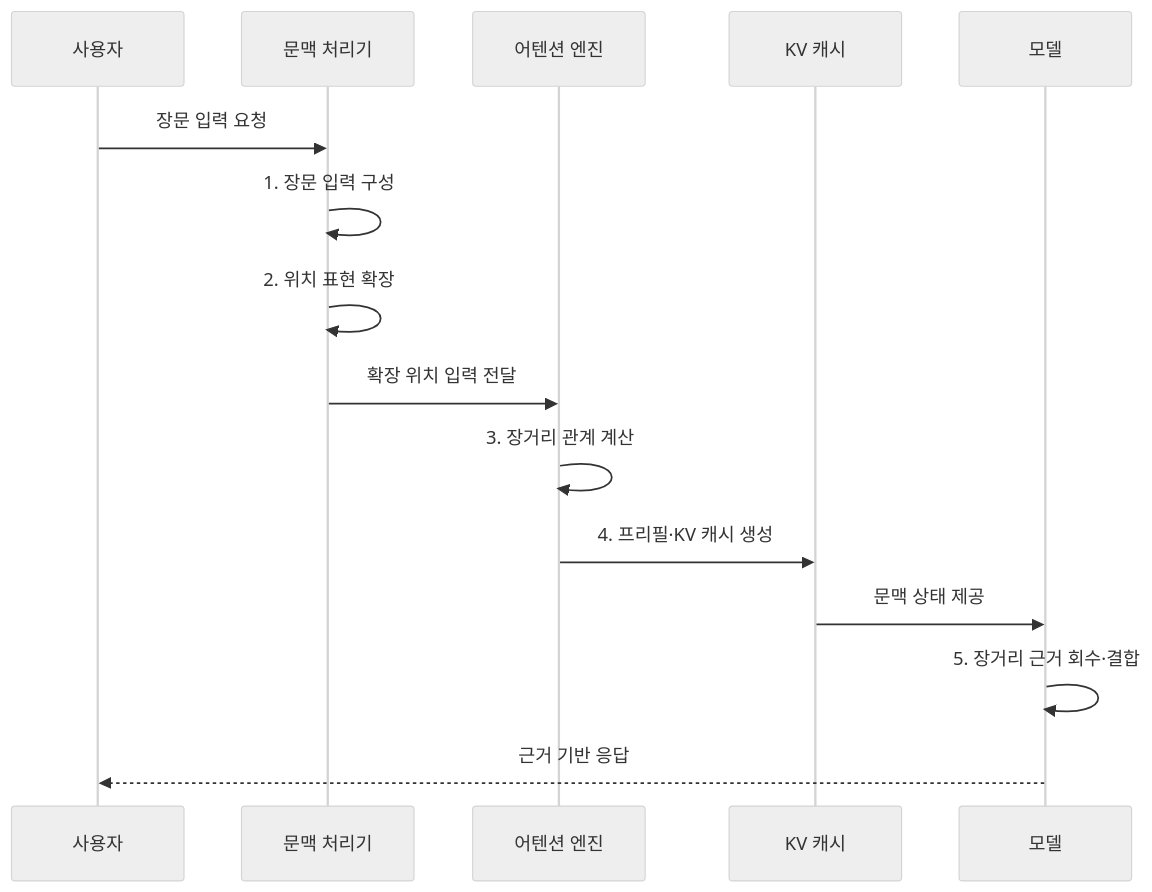
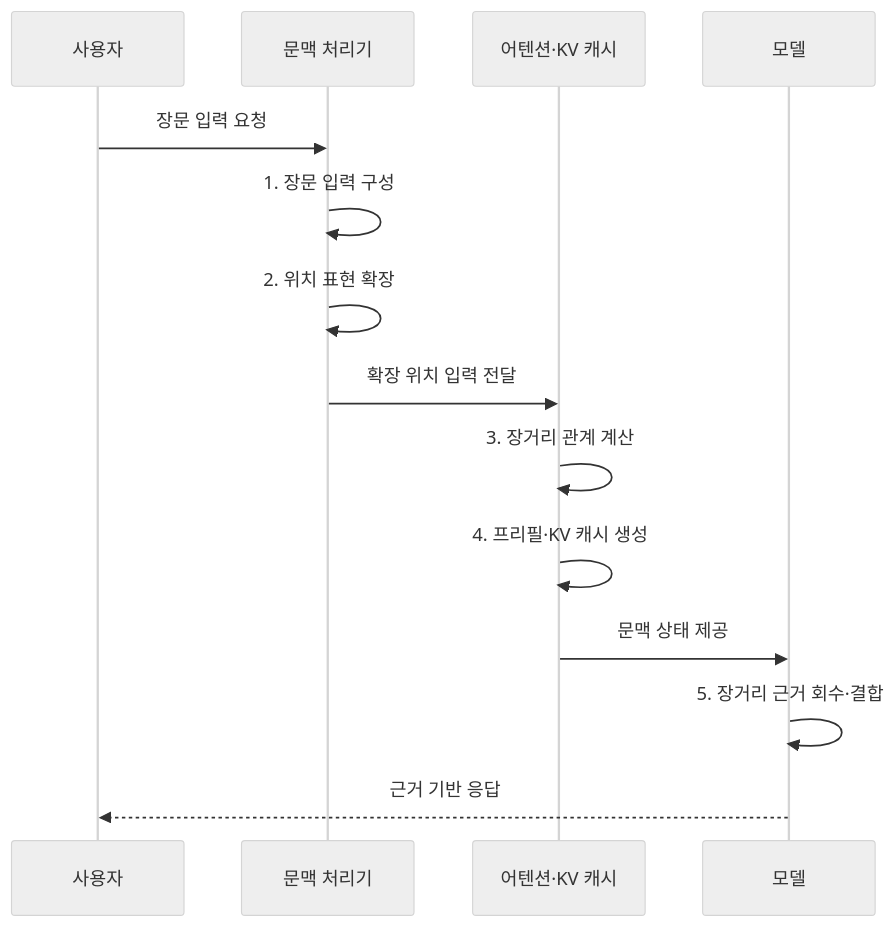
Before and after one commit to agnusdei1207/knowledge-base: the second of 2 diagrams in src/content/docs/notes/08-latest-tech/034_long_context_llm.md, drawn with Mermaid (neutral theme). The commit also changed 9 other files, not shown here.

Commit message:
Simplify AI system flow participants

````diff
--- a/src/content/docs/notes/08-latest-tech/034_long_context_llm.md
+++ b/src/content/docs/notes/08-latest-tech/034_long_context_llm.md
@@ -108,17 +108,16 @@
 ```mermaid
 sequenceDiagram
     participant U as 사용자
     participant P as 문맥 처리기
-    participant A as 어텐션 엔진
-    participant K as KV 캐시
+    participant A as 어텐션·KV 캐시
     participant M as 모델
     U->>P: 장문 입력 요청
     P->>P: 1. 장문 입력 구성
     P->>P: 2. 위치 표현 확장
     P->>A: 확장 위치 입력 전달
     A->>A: 3. 장거리 관계 계산
-    A->>K: 4. 프리필·KV 캐시 생성
-    K->>M: 문맥 상태 제공
+    A->>A: 4. 프리필·KV 캐시 생성
+    A->>M: 문맥 상태 제공
     M->>M: 5. 장거리 근거 회수·결합
     M-->>U: 근거 기반 응답
 ```
````
